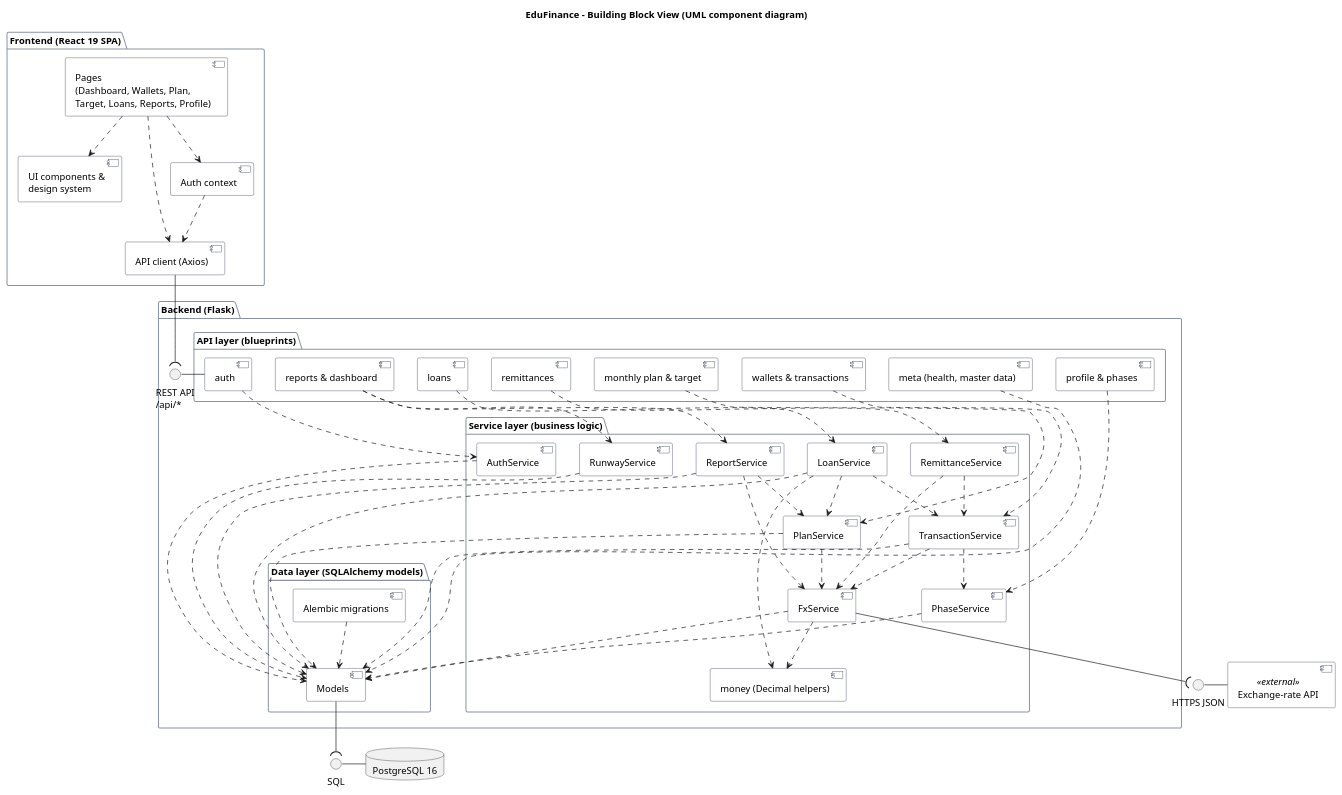
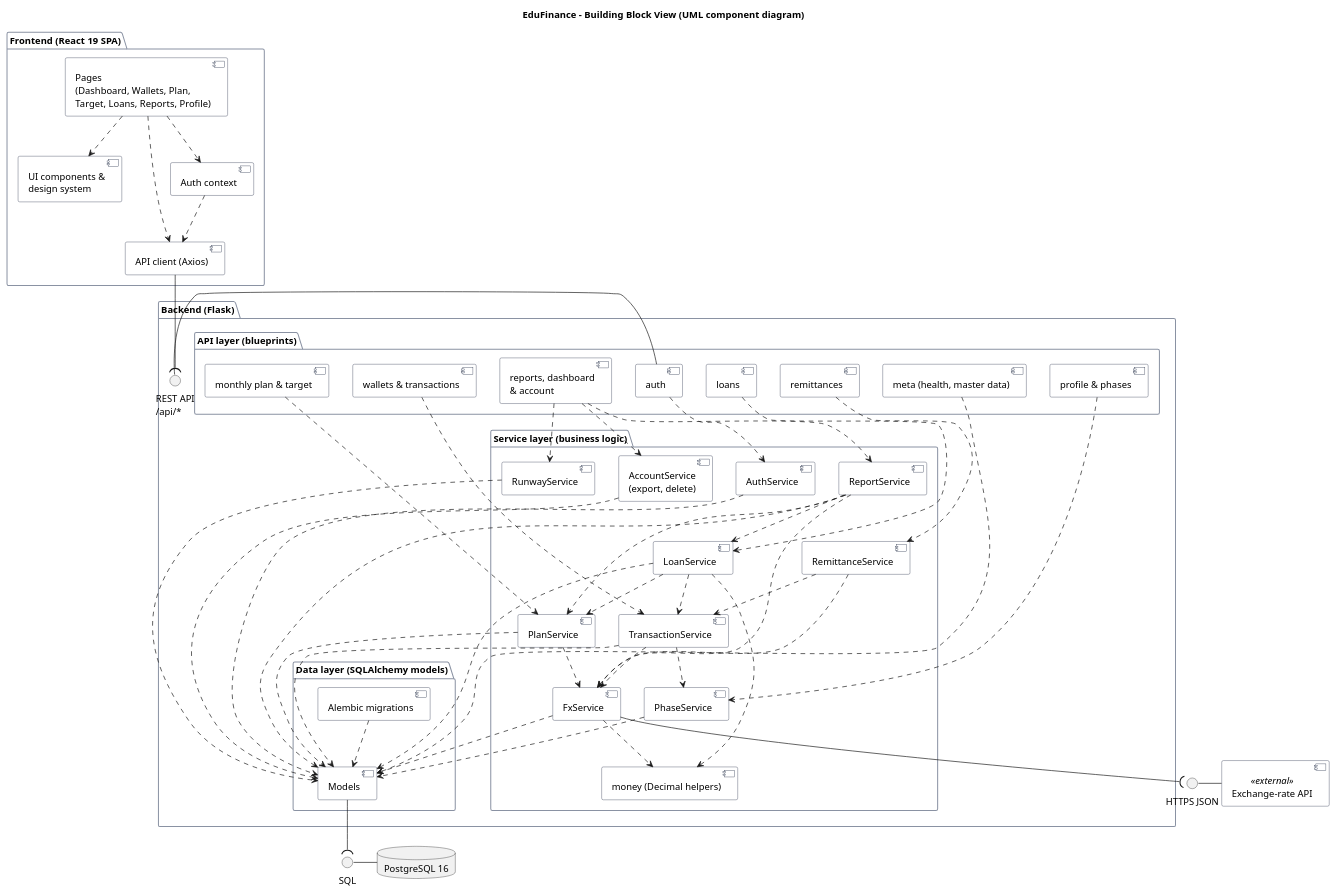
Before and after one commit to Suprit-S/edufinance: the diagram in docs/03-Architecture-documentation/diagrams/component-diagram.puml, drawn with PlantUML. The commit also changed 63 other files, not shown here.

Commit message:
Sprint 3: reports, dashboard, data rights, demo, deployment

```diff
--- a/docs/03-Architecture-documentation/diagrams/component-diagram.puml
+++ b/docs/03-Architecture-documentation/diagrams/component-diagram.puml
@@ -1,100 +1,104 @@
 @startuml component-diagram
 title EduFinance – Building Block View (UML component diagram)
 skinparam shadowing false
 skinparam componentStyle uml2
 skinparam component {
   BorderColor #16213B
   BackgroundColor #FFFFFF
 }
 skinparam package {
   BorderColor #8A92A3
 }
 
 package "Frontend (React 19 SPA)" {
   [Pages\n(Dashboard, Wallets, Plan,\nTarget, Loans, Reports, Profile)] as Pages
   [UI components &\ndesign system] as UI
   [Auth context] as AuthCtx
   [API client (Axios)] as Client
   Pages ..> UI
   Pages ..> AuthCtx
   Pages ..> Client
   AuthCtx ..> Client
 }
 
 package "Backend (Flask)" {
   interface "REST API\n/api/*" as REST
 
   package "API layer (blueprints)" {
     [auth] as RAuth
     [profile & phases] as RProfile
     [wallets & transactions] as RWallets
     [remittances] as RRemit
     [monthly plan & target] as RPlan
     [loans] as RLoans
-    [reports & dashboard] as RReports
+    [reports, dashboard\n& account] as RReports
     [meta (health, master data)] as RMeta
   }
 
   package "Service layer (business logic)" {
     [AuthService] as SAuth
     [PhaseService] as SPhase
     [TransactionService] as STxn
     [FxService] as SFx
     [RemittanceService] as SRemit
     [PlanService] as SPlan
     [LoanService] as SLoan
     [RunwayService] as SRunway
     [ReportService] as SReport
+    [AccountService\n(export, delete)] as SAccount
     [money (Decimal helpers)] as SMoney
   }
 
   package "Data layer (SQLAlchemy models)" {
     [Models] as Models
     [Alembic migrations] as Alembic
   }
 
   REST - RAuth
   RAuth ..> SAuth
   RProfile ..> SPhase
   RWallets ..> STxn
   RRemit ..> SRemit
   RPlan ..> SPlan
   RLoans ..> SLoan
   RReports ..> SReport
   RReports ..> SRunway
+  RReports ..> SAccount
   RMeta ..> Models
 
   STxn ..> SFx
   STxn ..> SPhase
   SRemit ..> STxn
   SRemit ..> SFx
   SPlan ..> SFx
   SLoan ..> STxn
   SLoan ..> SPlan
   SReport ..> SFx
   SReport ..> SPlan
+  SReport ..> SLoan
 
   SAuth ..> Models
   SPhase ..> Models
   STxn ..> Models
   SFx ..> Models
   SPlan ..> Models
   SLoan ..> Models
   SReport ..> Models
   SRunway ..> Models
+  SAccount ..> Models
   SFx ..> SMoney
   SLoan ..> SMoney
   Alembic ..> Models
 }
 
 interface "SQL" as SQL
 interface "HTTPS JSON" as FXI
 database "PostgreSQL 16" as PG
 [Exchange-rate API] as FXAPI <<external>>
 
 Client --( REST
 Models --( SQL
 SQL - PG
 SFx --( FXI
 FXI - FXAPI
 @enduml
```
